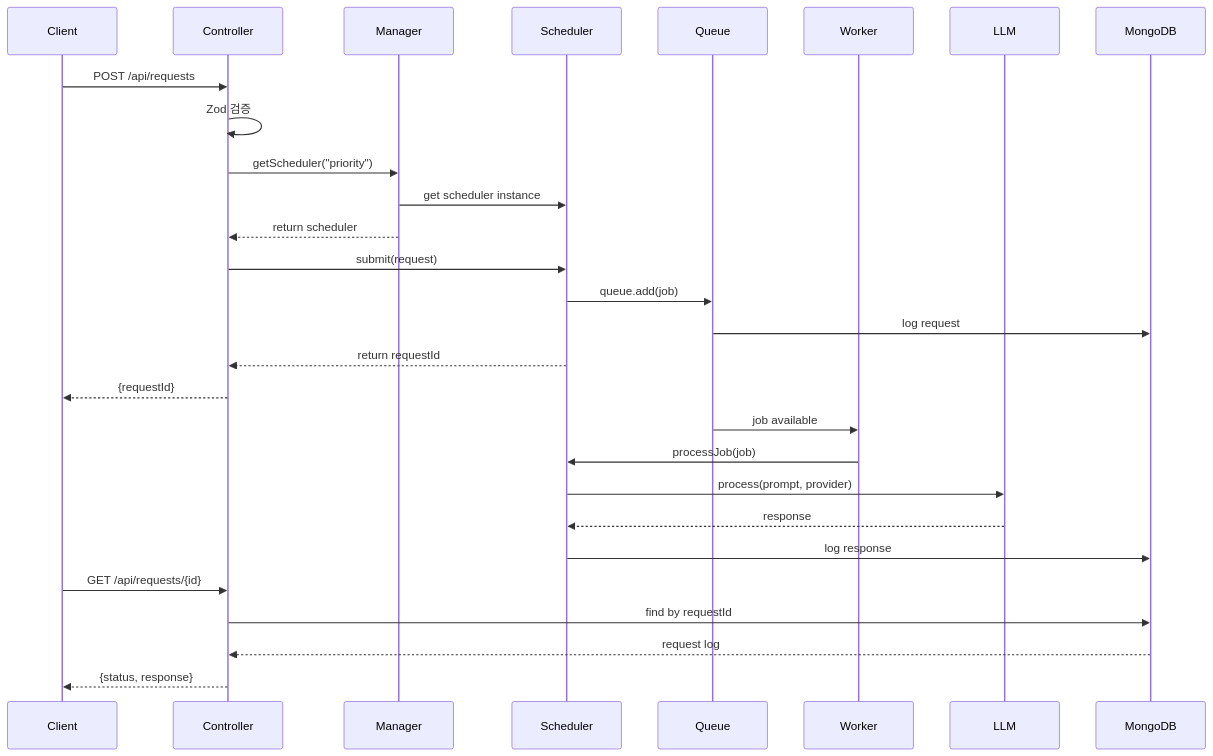
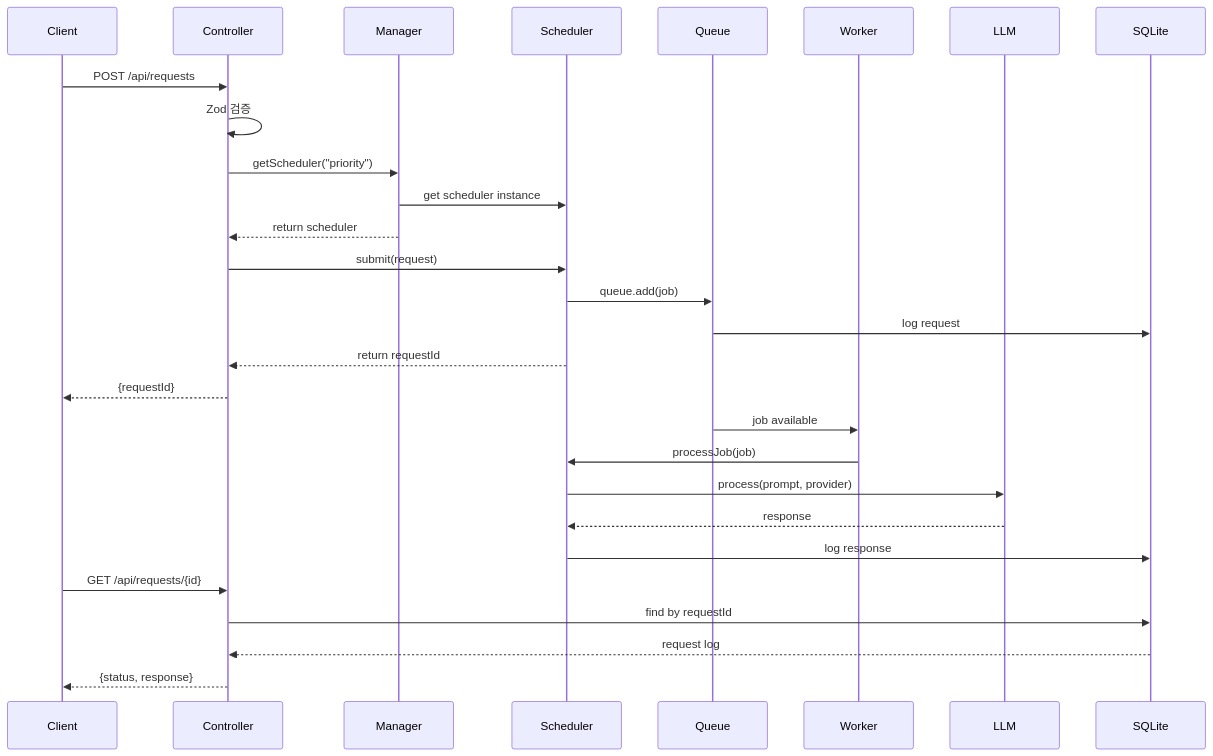
One commit to seominji-dev/graduation-project changed the diagram in 03-report/learning-materials/04-component-interactions.md. Above: the diagram before and after it, drawn with Mermaid. The commit also changed other lines of this file and 22 other files, not shown here.

````diff
--- a/03-report/learning-materials/04-component-interactions.md
+++ b/03-report/learning-materials/04-component-interactions.md
@@ -115,33 +115,33 @@
 ```mermaid
 sequenceDiagram
     participant Client
     participant Controller
     participant Manager
     participant Scheduler
     participant Queue
     participant Worker
     participant LLM
-    participant MongoDB
+    participant SQLite
 
     Client->>Controller: POST /api/requests
     Controller->>Controller: Zod 검증
     Controller->>Manager: getScheduler("priority")
     Manager->>Scheduler: get scheduler instance
     Manager-->>Controller: return scheduler
     Controller->>Scheduler: submit(request)
     Scheduler->>Queue: queue.add(job)
-    Queue->>MongoDB: log request
+    Queue->>SQLite: log request
     Scheduler-->>Controller: return requestId
     Controller-->>Client: {requestId}
     
     Queue->>Worker: job available
     Worker->>Scheduler: processJob(job)
     Scheduler->>LLM: process(prompt, provider)
     LLM-->>Scheduler: response
-    Scheduler->>MongoDB: log response
+    Scheduler->>SQLite: log response
     
     Client->>Controller: GET /api/requests/{id}
-    Controller->>MongoDB: find by requestId
-    MongoDB-->>Controller: request log
+    Controller->>SQLite: find by requestId
+    SQLite-->>Controller: request log
     Controller-->>Client: {status, response}
 ```
````
